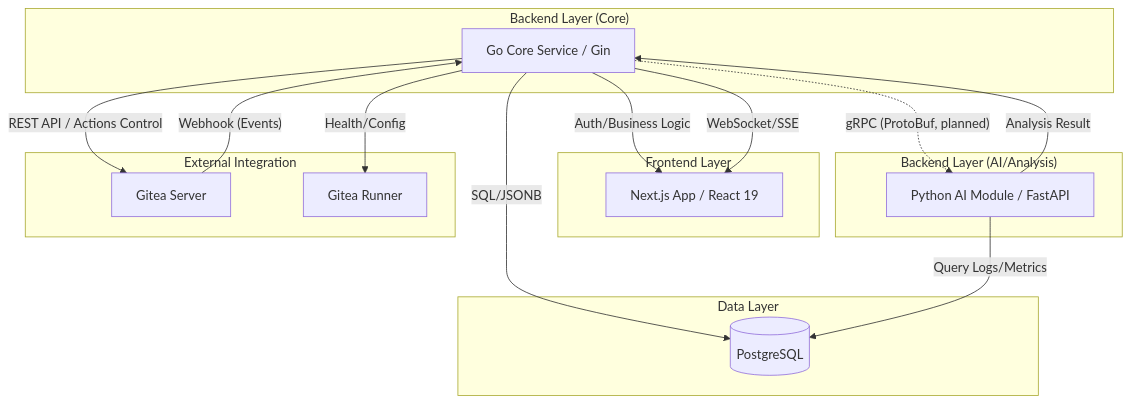
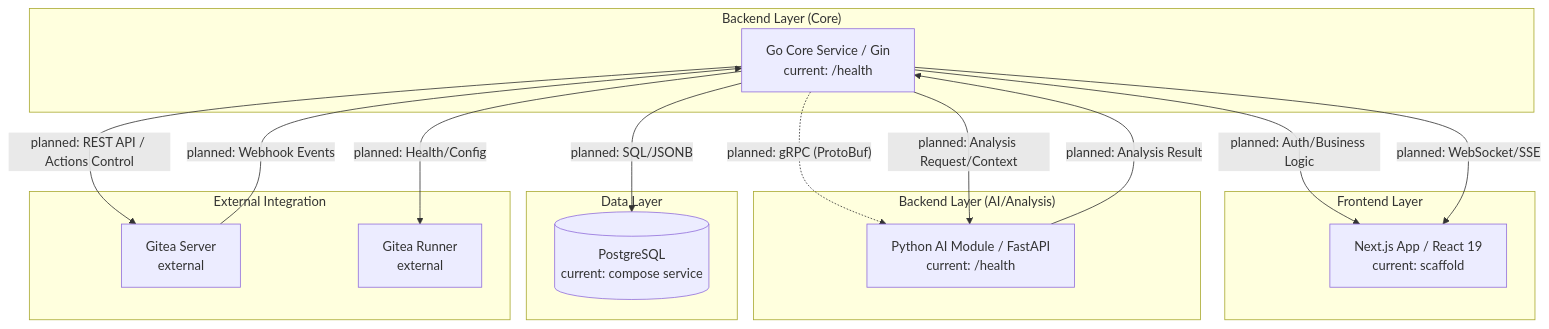
The diagram in docs/architecture.md (ykylee/Devhub_example), drawn with Mermaid before and after one commit. The commit also changed other lines of this file and 7 other files, not shown here.

````diff
--- a/docs/architecture.md
+++ b/docs/architecture.md
@@ -12,32 +17,32 @@
 ```mermaid
 graph TD
     subgraph "Frontend Layer"
-        NextJS[Next.js App / React 19]
+        NextJS[Next.js App / React 19<br/>current: scaffold]
     end
 
     subgraph "Backend Layer (Core)"
-        GoCore[Go Core Service / Gin]
-        GoCore -- "Auth/Business Logic" --> NextJS
-        GoCore -- "WebSocket/SSE" --> NextJS
+        GoCore[Go Core Service / Gin<br/>current: /health]
+        GoCore -- "planned: Auth/Business Logic" --> NextJS
+        GoCore -- "planned: WebSocket/SSE" --> NextJS
     end
 
     subgraph "Backend Layer (AI/Analysis)"
-        PyAI[Python AI Module / FastAPI]
-        GoCore -. "gRPC (ProtoBuf, planned)" .-> PyAI
-        PyAI -- "Analysis Result" --> GoCore
+        PyAI[Python AI Module / FastAPI<br/>current: /health]
+        GoCore -. "planned: gRPC (ProtoBuf)" .-> PyAI
+        GoCore -- "planned: Analysis Request/Context" --> PyAI
+        PyAI -- "planned: Analysis Result" --> GoCore
     end
 
     subgraph "Data Layer"
-        PG[(PostgreSQL)]
-        GoCore -- "SQL/JSONB" --> PG
-        PyAI -- "Query Logs/Metrics" --> PG
+        PG[(PostgreSQL<br/>current: compose service)]
+        GoCore -- "planned: SQL/JSONB" --> PG
     end
 
     subgraph "External Integration"
-        Gitea[Gitea Server]
-        Gitea -- "Webhook (Events)" --> GoCore
-        GoCore -- "REST API / Actions Control" --> Gitea
-        GiteaRunner[Gitea Runner]
-        GoCore -- "Health/Config" --> GiteaRunner
+        Gitea[Gitea Server<br/>external]
+        Gitea -- "planned: Webhook Events" --> GoCore
+        GoCore -- "planned: REST API / Actions Control" --> Gitea
+        GiteaRunner[Gitea Runner<br/>external]
+        GoCore -- "planned: Health/Config" --> GiteaRunner
     end
 ```
````
